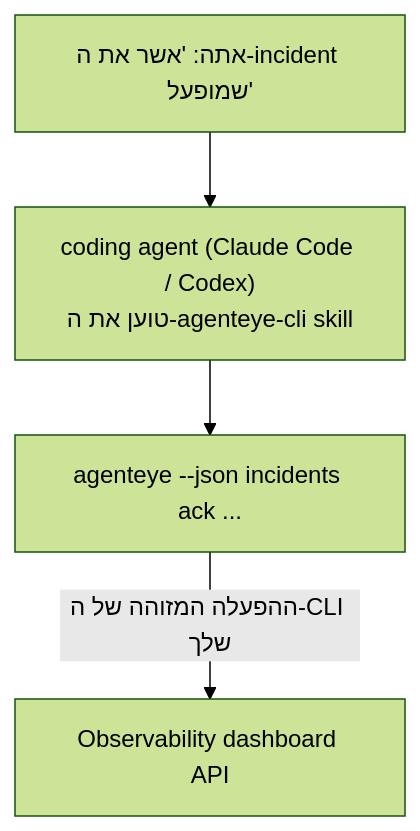
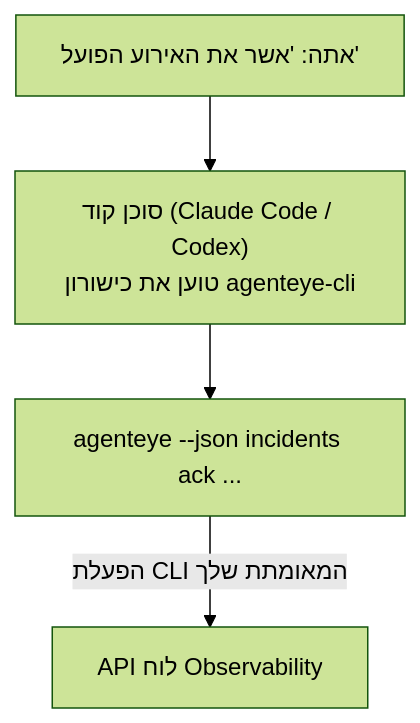
Before and after one commit to FailproofAI/failproofai: the diagram in docs/he/agenteye/cli-skill.mdx, drawn with Mermaid (forest theme). The commit also changed other lines of this file and 649 other files, not shown here.

````diff
--- a/docs/he/agenteye/cli-skill.mdx
+++ b/docs/he/agenteye/cli-skill.mdx
@@ -29,6 +29,6 @@
 ```mermaid
 flowchart TD
-    YOU["אתה: 'אשר את ה-incident שמופעל'"] --> AGENT["coding agent (Claude Code / Codex)<br/>טוען את ה-agenteye-cli skill"]
+    YOU["אתה: 'אשר את האירוע הפועל'"] --> AGENT["סוכן קוד (Claude Code / Codex)<br/>טוען את כישורון agenteye-cli"]
     AGENT --> CLI["agenteye --json incidents ack ..."]
-    CLI -->|ההפעלה המזוהה של ה-CLI שלך| API["Observability dashboard API"]
+    CLI -->|הפעלת CLI המאומתת שלך| API["API לוח Observability"]
 ```
````
